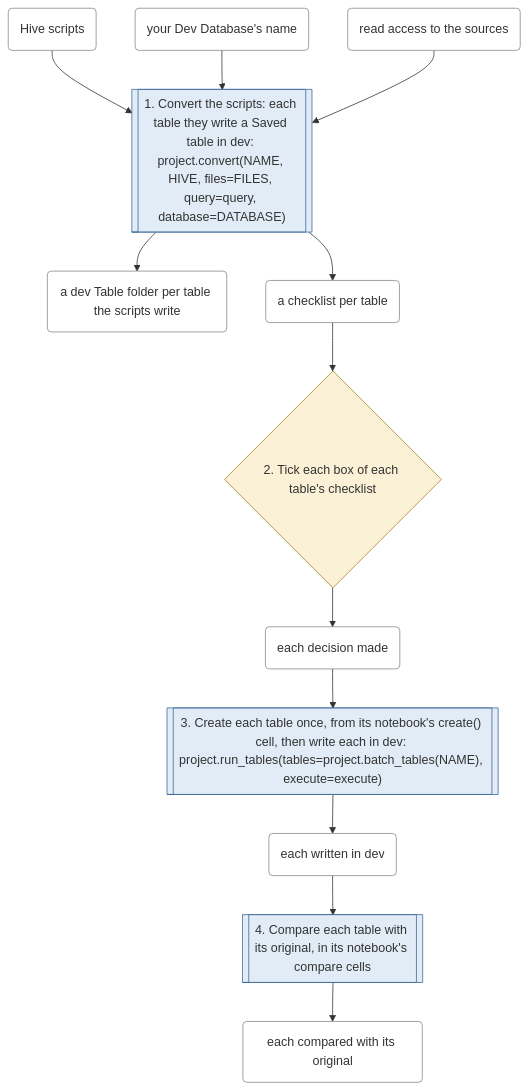
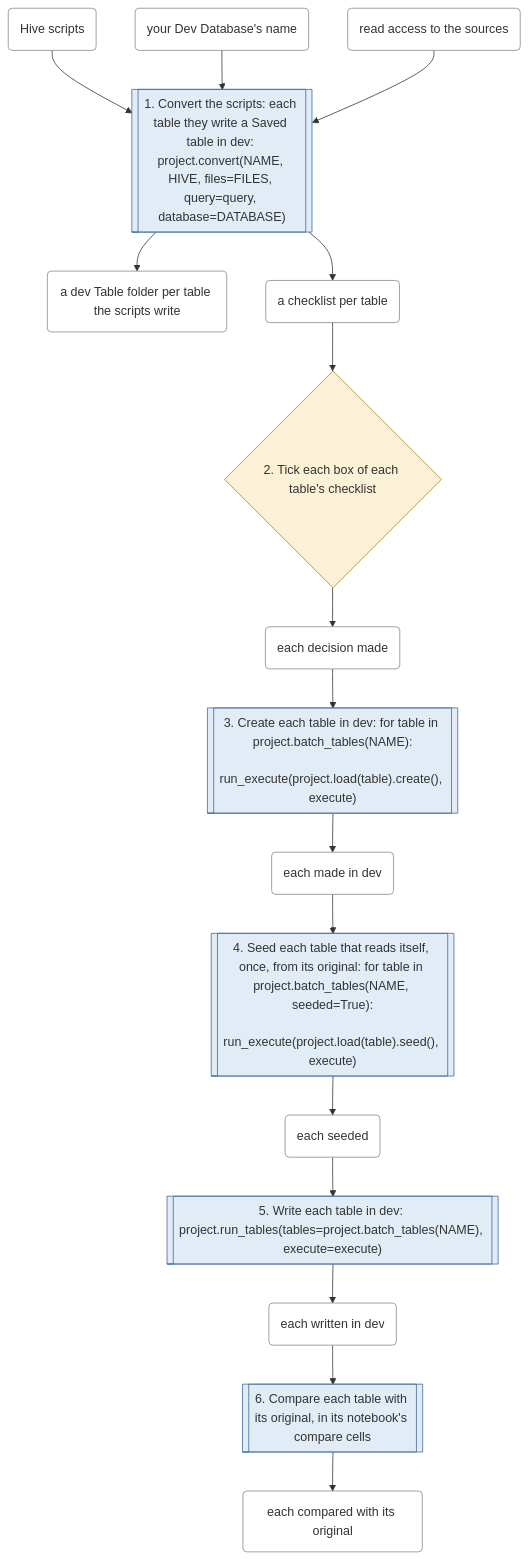
The first of 6 diagrams in docs/workflows.md (EdgyPage/SQL-Composer), drawn with Mermaid before and after one commit. The commit also changed other lines of this file and 19 other files, not shown here.

First line of the commit message:
feat(8.0): many in, many out: a multi-insert, writes stacked, a table that reads itself, D334 D335 D336

````diff
--- a/docs/workflows.md
+++ b/docs/workflows.md
@@ -23,43 +23,57 @@
 ```mermaid
 flowchart TD
     s0[["1. Convert the scripts: each table they write a Saved table in dev: project.convert(NAME, HIVE, files=FILES, query=query, database=DATABASE)"]]
     class s0 permission
     t0 --> s0
     t1 --> s0
     t2 --> s0
     s0 --> t3
     s0 --> t4
     s1{"2. Tick each box of each table's checklist"}
     class s1 decision
     t4 --> s1
     s1 --> t5
-    s2[["3. Create each table once, from its notebook's create() cell, then write each in dev: project.run_tables(tables=project.batch_tables(NAME), execute=execute)"]]
+    s2[["3. Create each table in dev: for table in project.batch_tables(NAME):
+    run_execute(project.load(table).create(), execute)"]]
     class s2 permission
     t5 --> s2
     s2 --> t6
-    s3[["4. Compare each table with its original, in its notebook's compare cells"]]
+    s3[["4. Seed each table that reads itself, once, from its original: for table in project.batch_tables(NAME, seeded=True):
+    run_execute(project.load(table).seed(), execute)"]]
     class s3 permission
     t6 --> s3
     s3 --> t7
+    s4[["5. Write each table in dev: project.run_tables(tables=project.batch_tables(NAME), execute=execute)"]]
+    class s4 permission
+    t7 --> s4
+    s4 --> t8
+    s5[["6. Compare each table with its original, in its notebook's compare cells"]]
+    class s5 permission
+    t8 --> s5
+    s5 --> t9
     t0("Hive scripts")
     class t0 thing
     t1("your Dev Database's name")
     class t1 thing
     t2("read access to the sources")
     class t2 thing
     t3("a dev Table folder per table the scripts write")
     class t3 thing
     t4("a checklist per table")
     class t4 thing
     t5("each decision made")
     class t5 thing
-    t6("each written in dev")
+    t6("each made in dev")
     class t6 thing
-    t7("each compared with its original")
+    t7("each seeded")
     class t7 thing
+    t8("each written in dev")
+    class t8 thing
+    t9("each compared with its original")
+    class t9 thing
     classDef file fill:#e3f2e1,stroke:#4a8a3f
     classDef permission fill:#e1ecf7,stroke:#3f6a9a
     classDef decision fill:#fbf1d6,stroke:#a8842a
     classDef fiddling fill:#f8d7d5,stroke:#b03a30
     classDef thing fill:#ffffff,stroke:#888888
 ```
````
